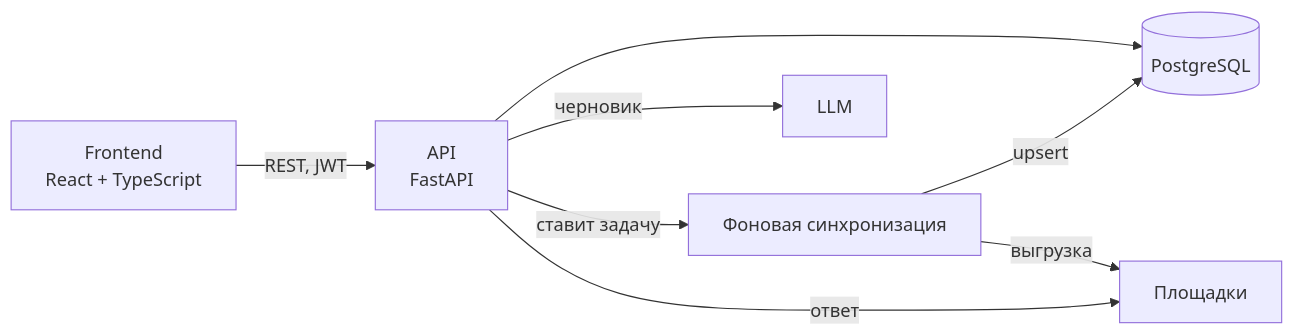
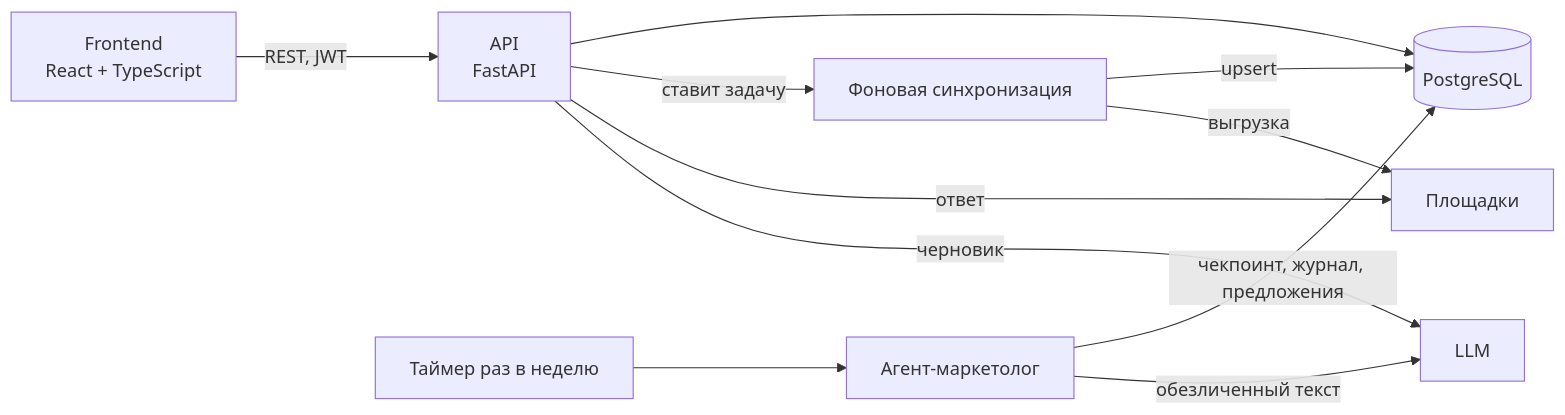
The second of 2 diagrams in docs/03-design/architecture.md (Georgy213123/sellerdesk), drawn with Mermaid before and after one commit. The commit also changed other lines of this file and 46 other files, not shown here.

First line of the commit message:
feat(agent): агент-маркетолог с автономным еженедельным прогоном

````diff
--- a/docs/03-design/architecture.md
+++ b/docs/03-design/architecture.md
@@ -16,10 +16,13 @@
 ```mermaid
 flowchart LR
     fe["Frontend<br/>React + TypeScript"] -- "REST, JWT" --> api["API<br/>FastAPI"]
     api --> db[("PostgreSQL")]
     api -- ставит задачу --> job["Фоновая синхронизация"]
     job -- upsert --> db
     job -- выгрузка --> mp["Площадки"]
     api -- ответ --> mp
     api -- черновик --> llm["LLM"]
+    timer["Таймер раз в неделю"] --> agent["Агент-маркетолог"]
+    agent -- чекпоинт, журнал, предложения --> db
+    agent -- обезличенный текст --> llm
 ```
````
